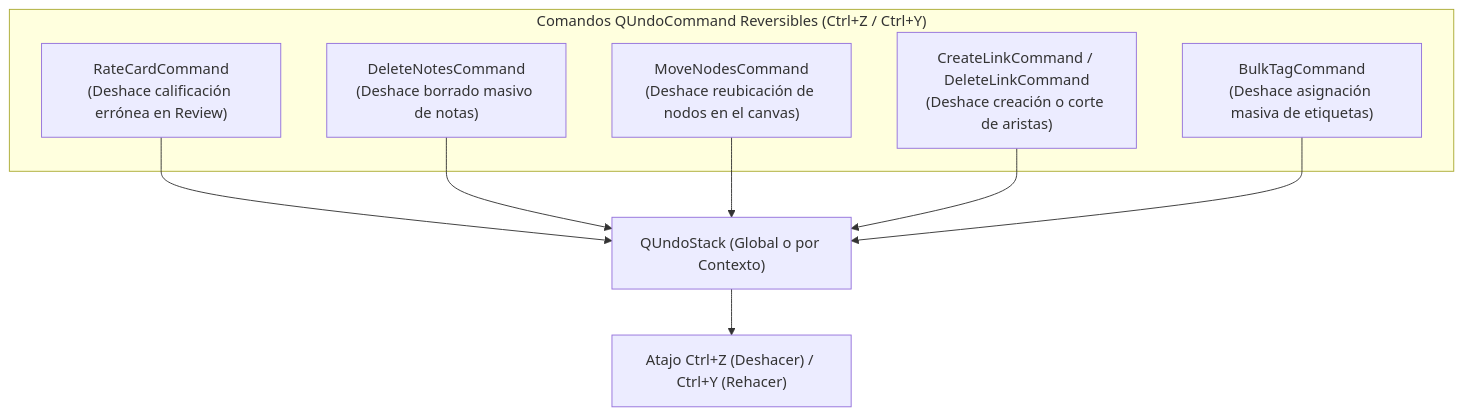
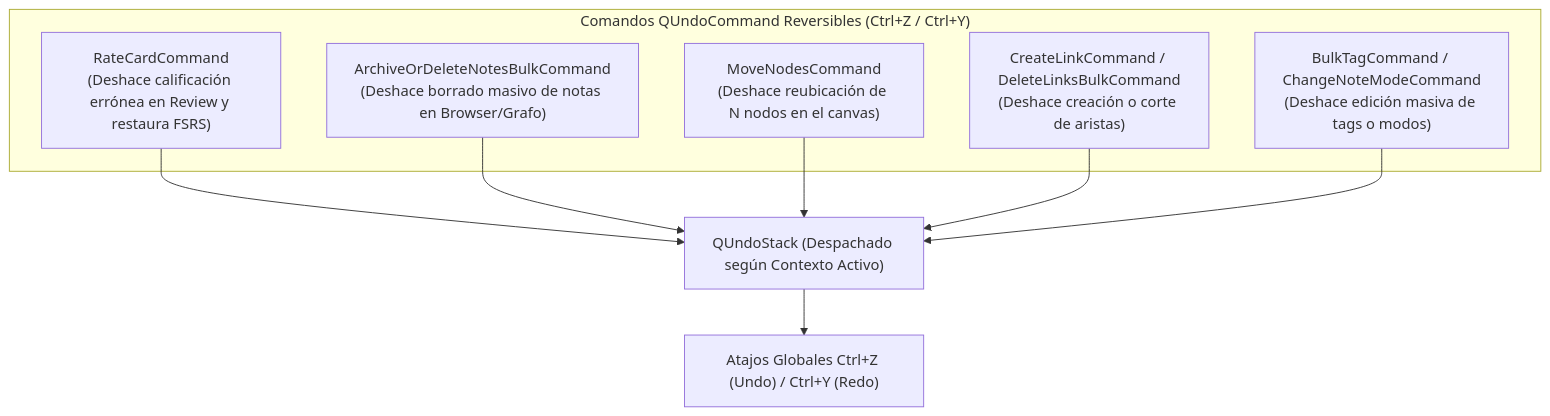
The second of 2 diagrams in specZ/01_ARCHITECTURE_AND_PROJECT_STRUCTURE.md (SSParzival/Morphism-SRS-plus), drawn with Mermaid before and after one commit. The commit also changed other lines of this file and 9 other files, not shown here.

````diff
--- a/specZ/01_ARCHITECTURE_AND_PROJECT_STRUCTURE.md
+++ b/specZ/01_ARCHITECTURE_AND_PROJECT_STRUCTURE.md
@@ -61,13 +299,13 @@
 ```mermaid
 flowchart TD
     subgraph Commands["Comandos QUndoCommand Reversibles (Ctrl+Z / Ctrl+Y)"]
-        C1["RateCardCommand\n(Deshace calificación errónea en Review)"]
-        C2["DeleteNotesCommand\n(Deshace borrado masivo de notas)"]
-        C3["MoveNodesCommand\n(Deshace reubicación de nodos en el canvas)"]
-        C4["CreateLinkCommand / DeleteLinkCommand\n(Deshace creación o corte de aristas)"]
-        C5["BulkTagCommand\n(Deshace asignación masiva de etiquetas)"]
+        C1["RateCardCommand\n(Deshace calificación errónea en Review y restaura FSRS)"]
+        C2["ArchiveOrDeleteNotesBulkCommand\n(Deshace borrado masivo de notas en Browser/Grafo)"]
+        C3["MoveNodesCommand\n(Deshace reubicación de N nodos en el canvas)"]
+        C4["CreateLinkCommand / DeleteLinksBulkCommand\n(Deshace creación o corte de aristas)"]
+        C5["BulkTagCommand / ChangeNoteModeCommand\n(Deshace edición masiva de tags o modos)"]
     end
 
-    C1 & C2 & C3 & C4 & C5 --> Stack["QUndoStack (Global o por Contexto)"]
-    Stack --> UI["Atajo Ctrl+Z (Deshacer) / Ctrl+Y (Rehacer)"]
+    C1 & C2 & C3 & C4 & C5 --> Stack["QUndoStack (Despachado según Contexto Activo)"]
+    Stack --> UI["Atajos Globales Ctrl+Z (Undo) / Ctrl+Y (Redo)"]
 ```
````
